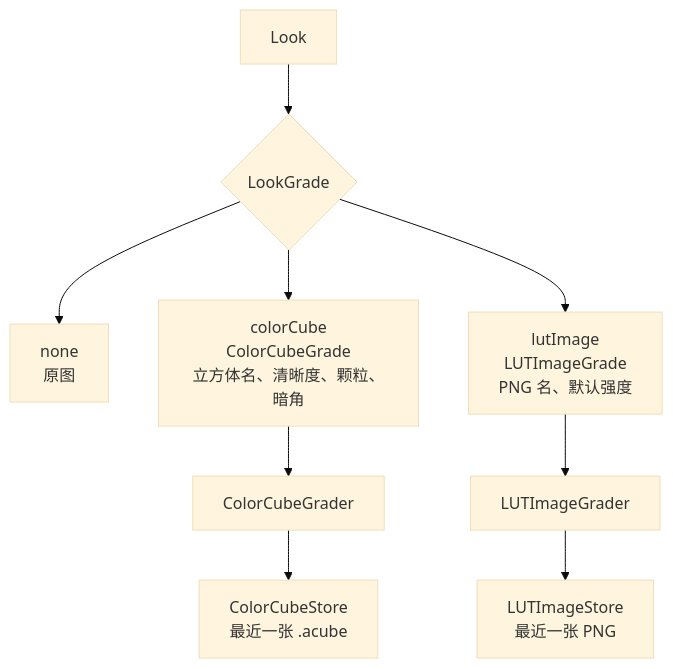
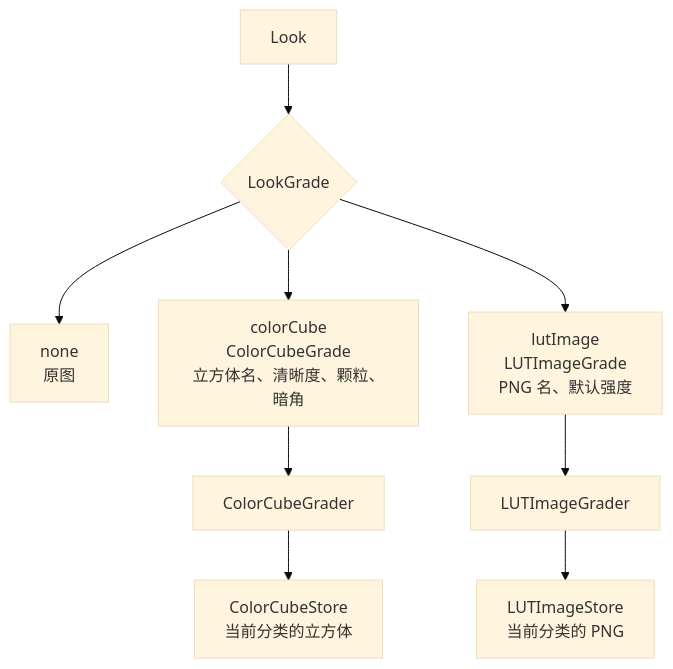
Before and after one commit to zhe-ma/angie-filter: the fourth of 6 diagrams in design/architecture.md, drawn with Mermaid (base theme). The commit also changed other lines of this file and 6 other files, not shown here.

Commit message:
修好预览丢帧和滤镜缓存被缩略图挤掉的问题，LUT 内核不可用时改走同一张图的立方体。

````diff
--- a/design/architecture.md
+++ b/design/architecture.md
@@ -103,11 +103,11 @@
 ```mermaid
 flowchart TB
   look["Look"] --> grade{"LookGrade"}
   grade --> n["none<br/>原图"]
   grade --> c["colorCube<br/>ColorCubeGrade<br/>立方体名、清晰度、颗粒、暗角"]
   grade --> l["lutImage<br/>LUTImageGrade<br/>PNG 名、默认强度"]
   c --> cg["ColorCubeGrader"]
   l --> lg["LUTImageGrader"]
-  cg --> storeC["ColorCubeStore<br/>最近一张 .acube"]
-  lg --> storeL["LUTImageStore<br/>最近一张 PNG"]
+  cg --> storeC["ColorCubeStore<br/>当前分类的立方体"]
+  lg --> storeL["LUTImageStore<br/>当前分类的 PNG"]
 ```
````
